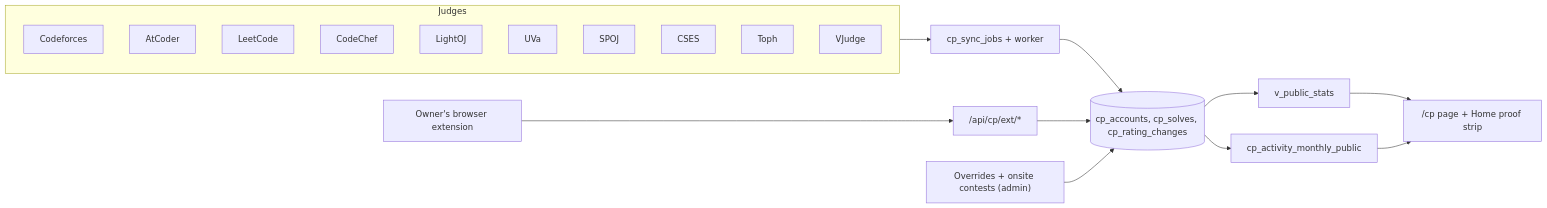
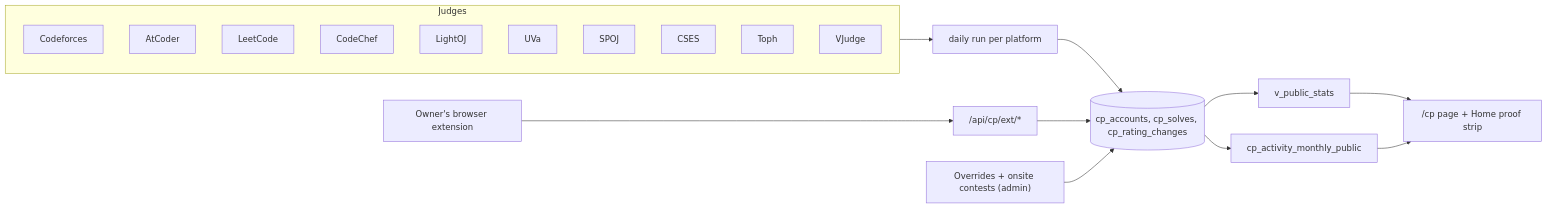
One commit to eyasir329/portfolio changed the diagram in docs/11-content-modules.md. Above: the diagram before and after it, drawn with Mermaid. The commit also changed other lines of this file and 24 other files, not shown here.

````diff
--- a/docs/11-content-modules.md
+++ b/docs/11-content-modules.md
@@ -58,23 +60,23 @@
 ```mermaid
 flowchart LR
   subgraph Judges
     CF["Codeforces"]
     AC["AtCoder"]
     LC["LeetCode"]
     CC["CodeChef"]
     LO["LightOJ"]
     UV["UVa"]
     SP["SPOJ"]
     CS["CSES"]
     TO["Toph"]
     VJ["VJudge"]
   end
-  Judges --> Q["cp_sync_jobs + worker"]
+  Judges --> Q["daily run per platform"]
   EXT["Owner's browser extension"] --> ING["/api/cp/ext/*"]
   Q --> DB[("cp_accounts, cp_solves, cp_rating_changes")]
   ING --> DB
   MAN["Overrides + onsite contests (admin)"] --> DB
   DB --> V1["v_public_stats"]
   DB --> V2["cp_activity_monthly_public"]
   V1 & V2 --> PAGE["/cp page + Home proof strip"]
 ```
````
